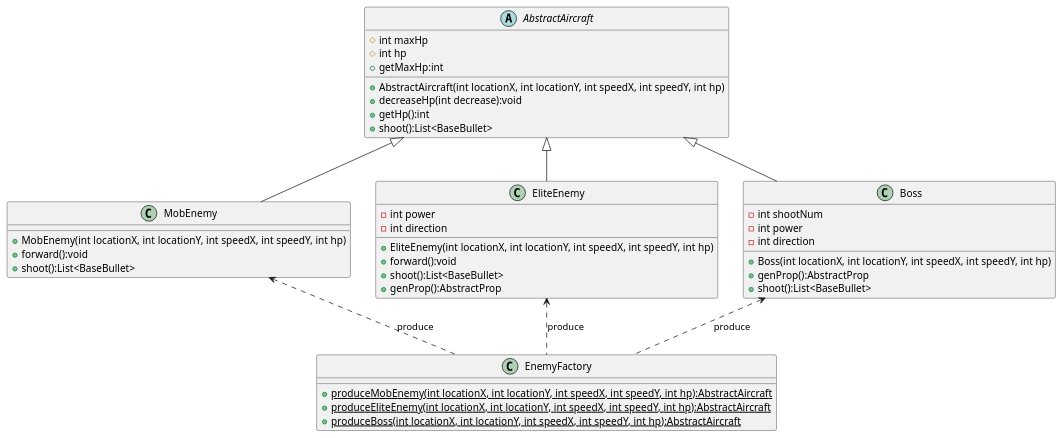
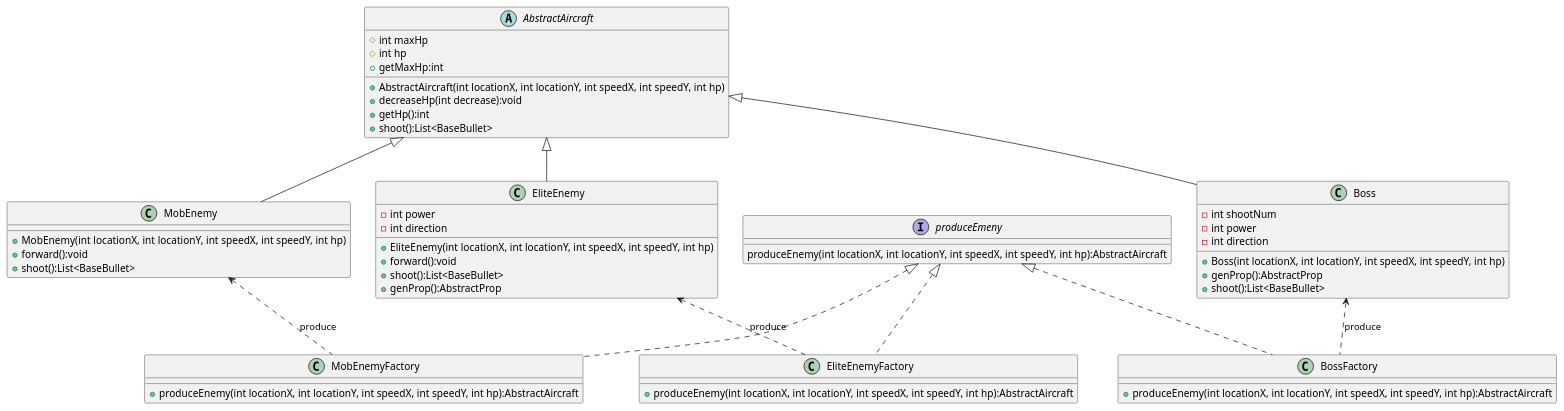
Before and after one commit to KKjimmie/AircraftWar: the diagram in uml/EnemyFactory.puml, drawn with PlantUML. The commit also changed 13 other files, not shown here.

```diff
--- a/uml/EnemyFactory.puml
+++ b/uml/EnemyFactory.puml
@@ -1,53 +1,67 @@
 @startuml
 'https://plantuml.com/class-diagram
 
 abstract class AbstractAircraft
 {
 	# int maxHp
     # int hp
     + AbstractAircraft(int locationX, int locationY, int speedX, int speedY, int hp)
     + decreaseHp(int decrease):void
     + getHp():int
     + getMaxHp:int
     + shoot():List<BaseBullet>
 
 }
 class MobEnemy {
     + MobEnemy(int locationX, int locationY, int speedX, int speedY, int hp)
     + forward():void
     + shoot():List<BaseBullet>
 }
 
 class EliteEnemy {
     - int power
     - int direction
     + EliteEnemy(int locationX, int locationY, int speedX, int speedY, int hp)
     + forward():void
     + shoot():List<BaseBullet>
     + genProp():AbstractProp
 }
 
 class Boss {
     - int shootNum
     - int power
     - int direction
     + Boss(int locationX, int locationY, int speedX, int speedY, int hp)
     + genProp():AbstractProp
     + shoot():List<BaseBullet>
 }
 
-class EnemyFactory {
-    + {static}produceMobEnemy(int locationX, int locationY, int speedX, int speedY, int hp):AbstractAircraft
-    + {static}produceEliteEnemy(int locationX, int locationY, int speedX, int speedY, int hp):AbstractAircraft
-    + {static}produceBoss(int locationX, int locationY, int speedX, int speedY, int hp):AbstractAircraft
+interface produceEmeny{
+    produceEnemy(int locationX, int locationY, int speedX, int speedY, int hp):AbstractAircraft
+}
+
+class MobEnemyFactory{
+    + produceEnemy(int locationX, int locationY, int speedX, int speedY, int hp):AbstractAircraft
+}
+
+class EliteEnemyFactory{
+    + produceEnemy(int locationX, int locationY, int speedX, int speedY, int hp):AbstractAircraft
+}
+
+class BossFactory{
+    + produceEnemy(int locationX, int locationY, int speedX, int speedY, int hp):AbstractAircraft
 }
 
 AbstractAircraft <|-- MobEnemy
 AbstractAircraft <|-- EliteEnemy
 AbstractAircraft <|-- Boss
 
-MobEnemy <.. EnemyFactory : produce
-EliteEnemy <.. EnemyFactory : produce
-Boss <.. EnemyFactory :produce
+produceEmeny <|.. MobEnemyFactory
+produceEmeny <|.. EliteEnemyFactory
+produceEmeny <|.. BossFactory
+
+MobEnemy <.. MobEnemyFactory : produce
+EliteEnemy <.. EliteEnemyFactory : produce
+Boss <.. BossFactory :produce
 
 @enduml
```
